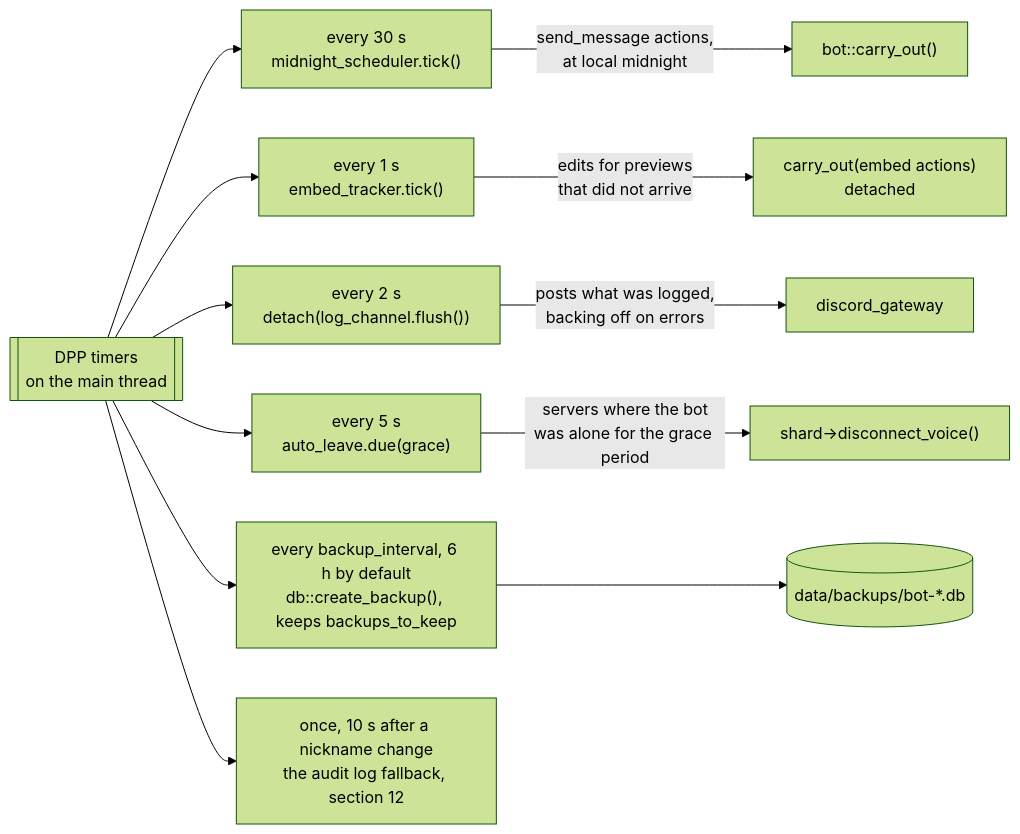
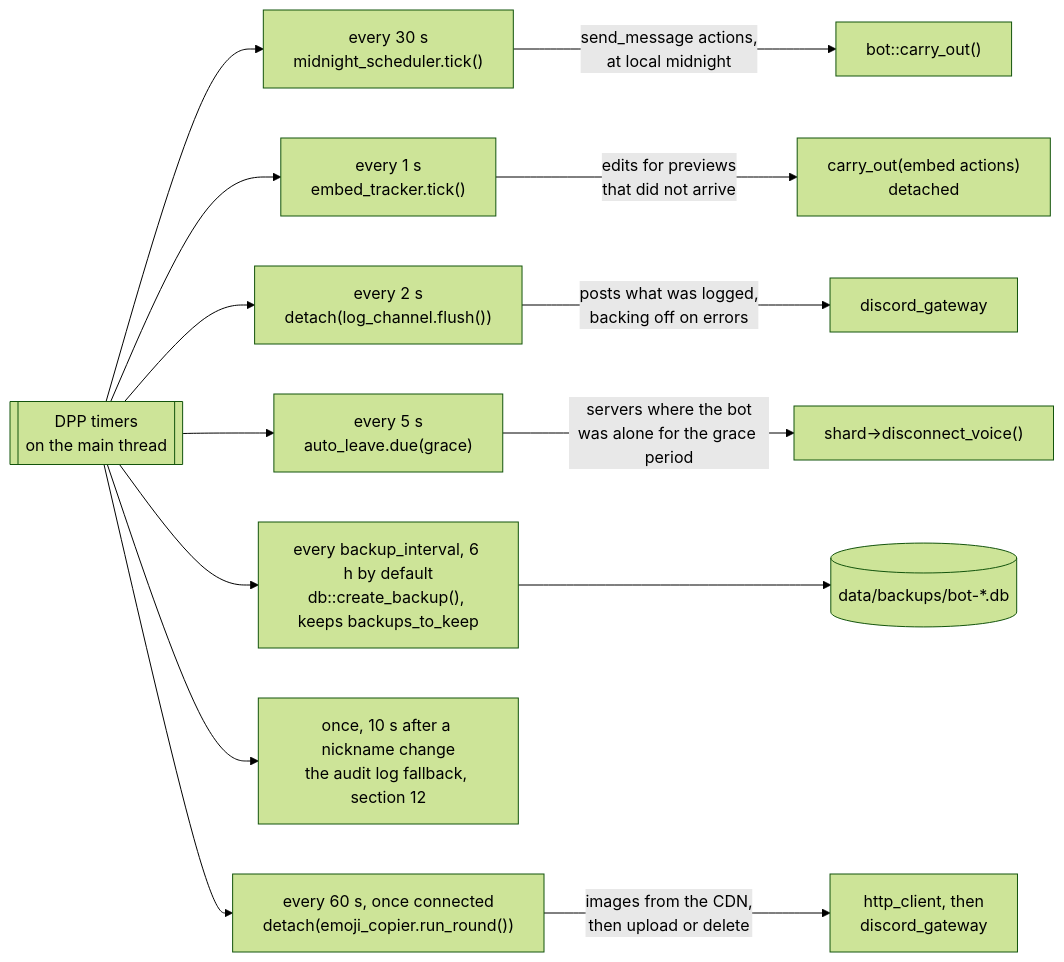
Diagram 13 of 14 in docs/architecture/Execution_Flow.md (mhorn00/LatiBot-cpp), drawn with Mermaid (forest theme) before and after one commit. The commit also changed other lines of this file and 6 other files, not shown here.

First line of the commit message:
docs(linkstats): image reactions and emoji copies, as built

````diff
--- a/docs/architecture/Execution_Flow.md
+++ b/docs/architecture/Execution_Flow.md
@@ -696,19 +701,21 @@
 ```mermaid
 flowchart LR
     dpp[["DPP timers<br/>on the main thread"]]
 
     m["every 30 s<br/>midnight_scheduler.tick()"]
     e["every 1 s<br/>embed_tracker.tick()"]
     l["every 2 s<br/>detach(log_channel.flush())"]
     a["every 5 s<br/>auto_leave.due(grace)"]
     b["every backup_interval, 6 h by default<br/>db::create_backup(), keeps backups_to_keep"]
     n["once, 10 s after a nickname change<br/>the audit log fallback, section 12"]
+    c["every 60 s, once connected<br/>detach(emoji_copier.run_round())"]
 
-    dpp --> m & e & l & a & b & n
+    dpp --> m & e & l & a & b & n & c
 
     m -- "send_message actions,<br/>at local midnight" --> carry["bot::carry_out()"]
     e -- "edits for previews<br/>that did not arrive" --> carryE["carry_out(embed actions)<br/>detached"]
     l -- "posts what was logged,<br/>backing off on errors" --> gw["discord_gateway"]
     a -- "servers where the bot<br/>was alone for the grace period" --> leave["shard->disconnect_voice()"]
     b --> file[("data/backups/bot-*.db")]
+    c -- "images from the CDN,<br/>then upload or delete" --> copies["http_client, then<br/>discord_gateway"]
 ```
````
